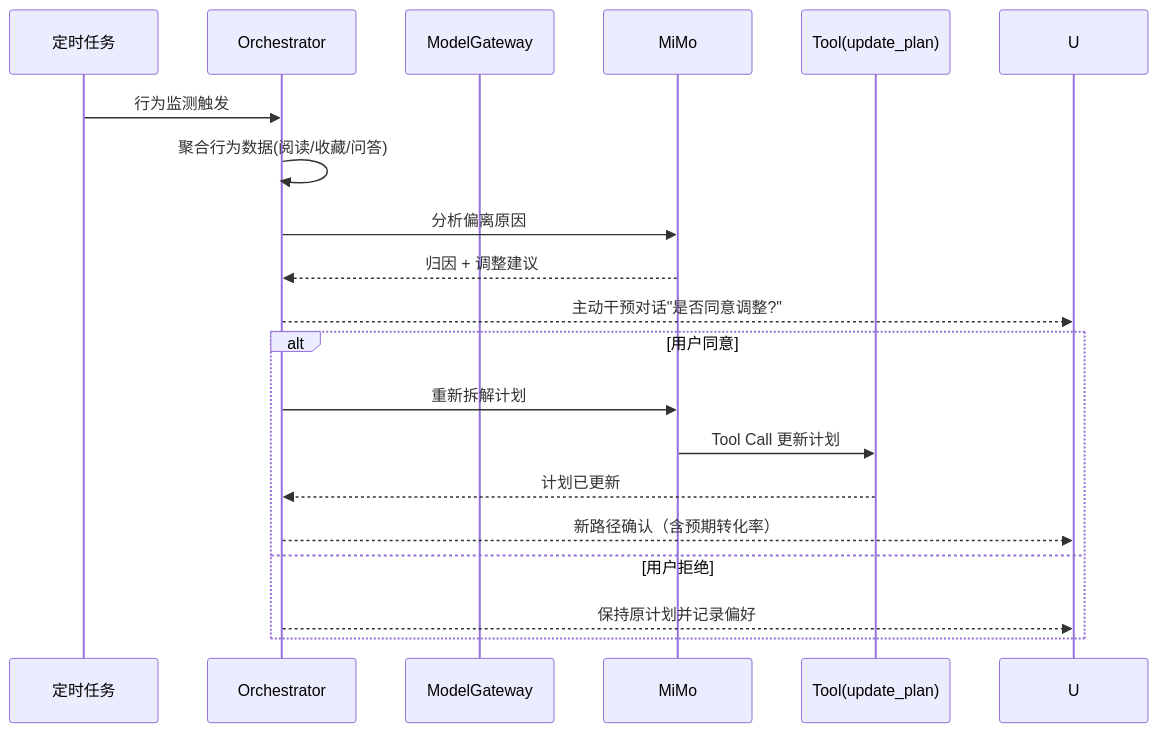
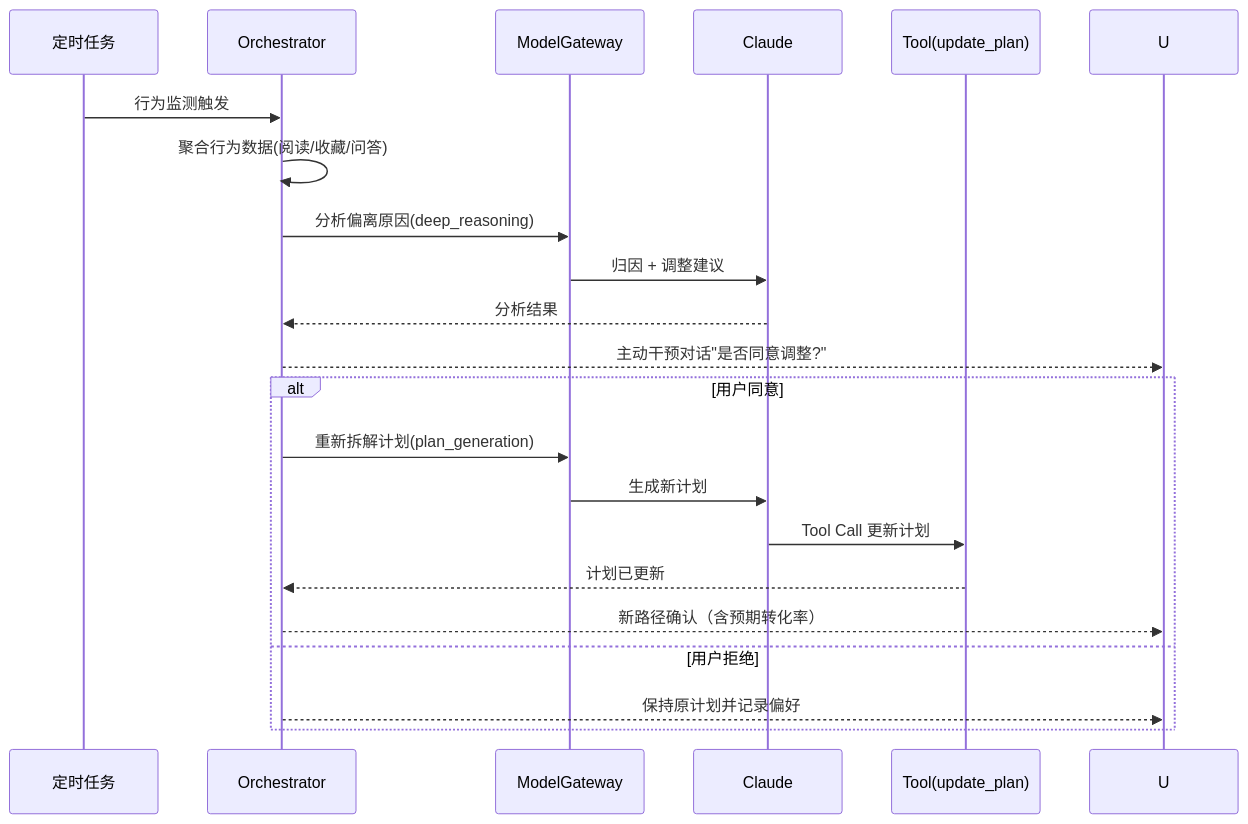
The sixth of 8 diagrams in docs/系统设计文档.md (Curtainorange/knowledge-agent), drawn with Mermaid before and after one commit. The commit also changed other lines of this file and 1 other file, not shown here.

First line of the commit message:
docs: 需求分析与系统设计改为单一 Claude 模型架构

````diff
--- a/docs/系统设计文档.md
+++ b/docs/系统设计文档.md
@@ -488,22 +484,24 @@
 ```mermaid
 sequenceDiagram
     participant S as 定时任务
     participant O as Orchestrator
     participant G as ModelGateway
-    participant M as MiMo
+    participant M as Claude
     participant T as Tool(update_plan)
 
     S->>O: 行为监测触发
     O->>O: 聚合行为数据(阅读/收藏/问答)
-    O->>M: 分析偏离原因
-    M-->>O: 归因 + 调整建议
+    O->>G: 分析偏离原因(deep_reasoning)
+    G->>M: 归因 + 调整建议
+    M-->>O: 分析结果
     O-->>U: 主动干预对话"是否同意调整?"
     alt 用户同意
-        O->>M: 重新拆解计划
+        O->>G: 重新拆解计划(plan_generation)
+        G->>M: 生成新计划
         M->>T: Tool Call 更新计划
         T-->>O: 计划已更新
         O-->>U: 新路径确认（含预期转化率）
     else 用户拒绝
         O-->>U: 保持原计划并记录偏好
     end
 ```
````
